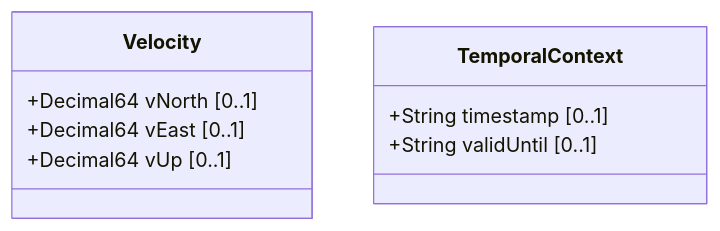
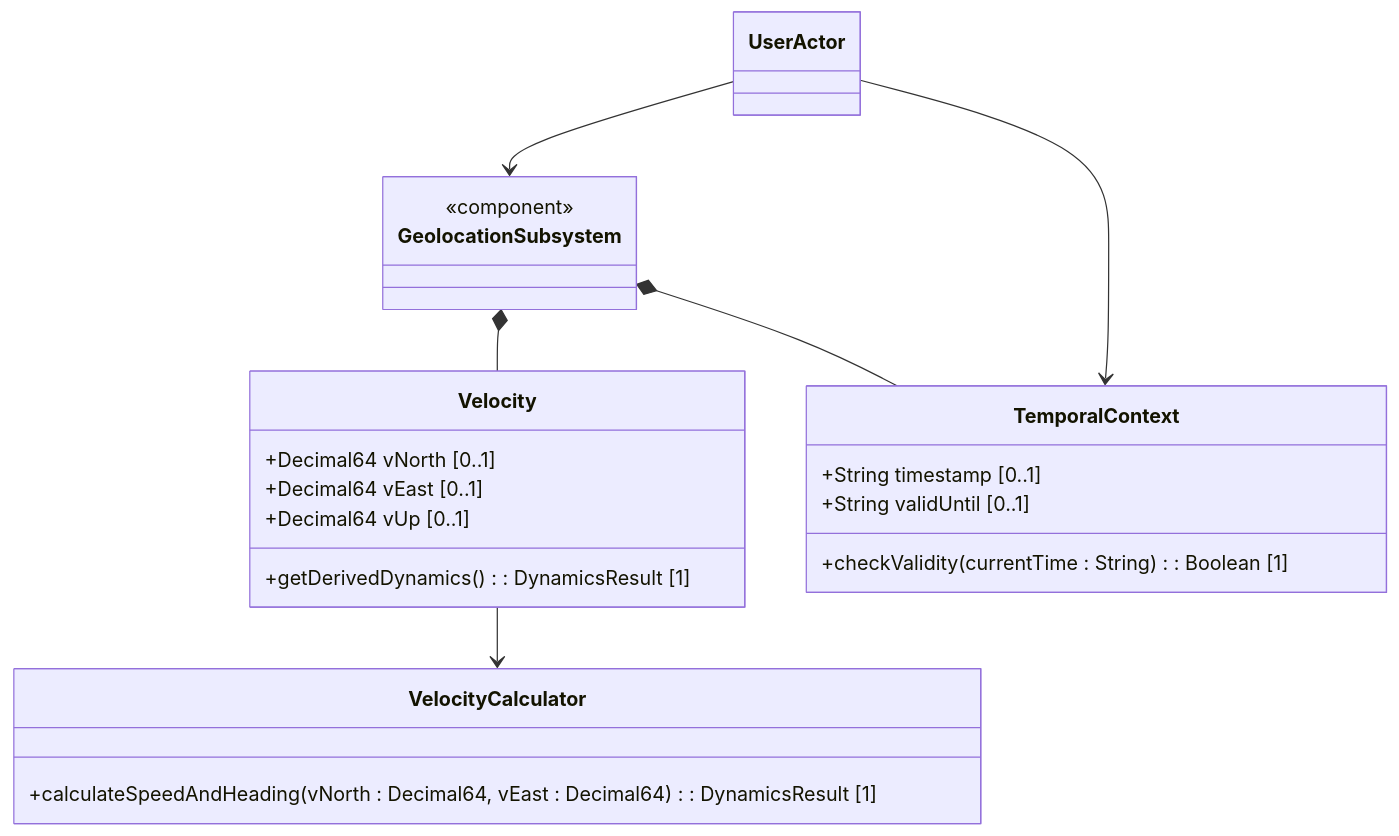
Before and after one commit to gintatkinson/dep-tst37: the diagram in docs/features/feat-03-dynamics-temporal.md, drawn with Mermaid. The commit also changed other lines of this file and 10 other files, not shown here.

Commit message:
docs: resolve UML and linter compliance errors in specifications

````diff
--- a/docs/features/feat-03-dynamics-temporal.md
+++ b/docs/features/feat-03-dynamics-temporal.md
@@ -16,12 +17,28 @@
 ```mermaid
 classDiagram
+    class UserActor {
+    }
+    class GeolocationSubsystem {
+        <<component>>
+    }
     class Velocity {
         +Decimal64 vNorth [0..1]
         +Decimal64 vEast [0..1]
         +Decimal64 vUp [0..1]
+        +getDerivedDynamics() : DynamicsResult [1]
+    }
+    class VelocityCalculator {
+        +calculateSpeedAndHeading(vNorth : Decimal64, vEast : Decimal64) : DynamicsResult [1]
     }
     class TemporalContext {
         +String timestamp [0..1]
         +String validUntil [0..1]
+        +checkValidity(currentTime : String) : Boolean [1]
     }
+
+    UserActor --> GeolocationSubsystem
+    GeolocationSubsystem *-- Velocity
+    GeolocationSubsystem *-- TemporalContext
+    Velocity --> VelocityCalculator
+    UserActor --> TemporalContext
 ```
````
